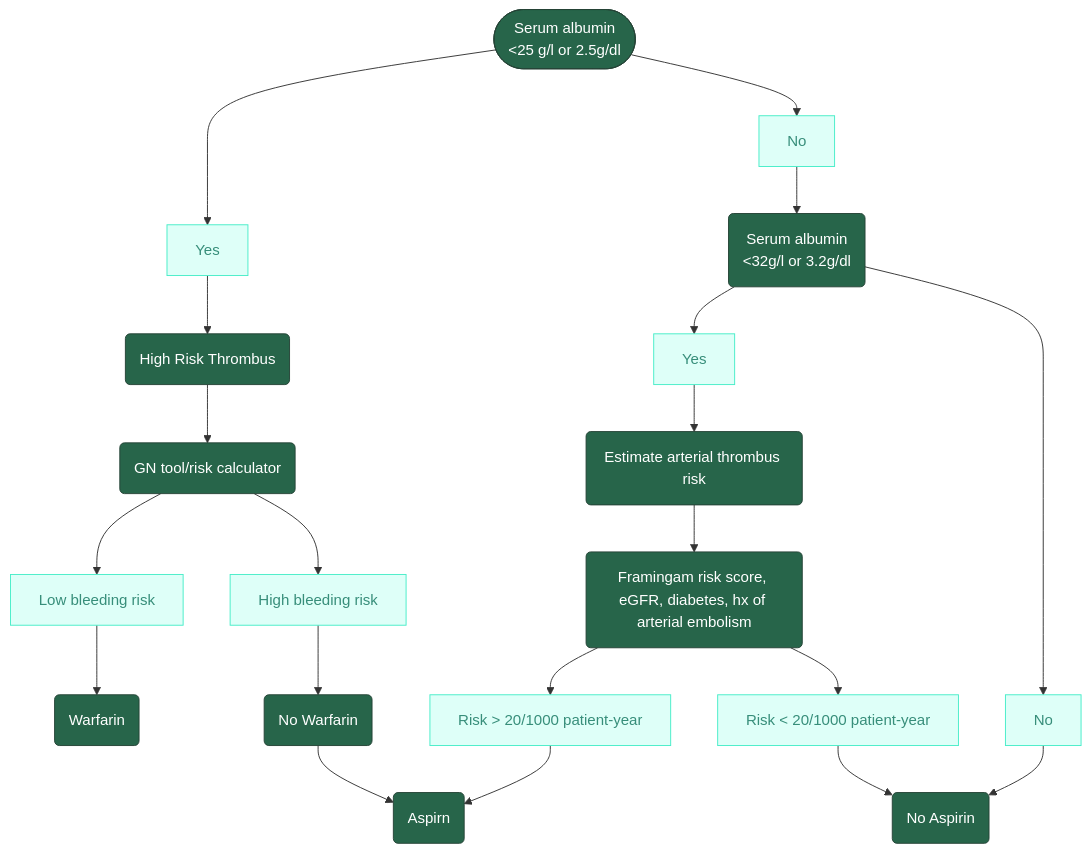
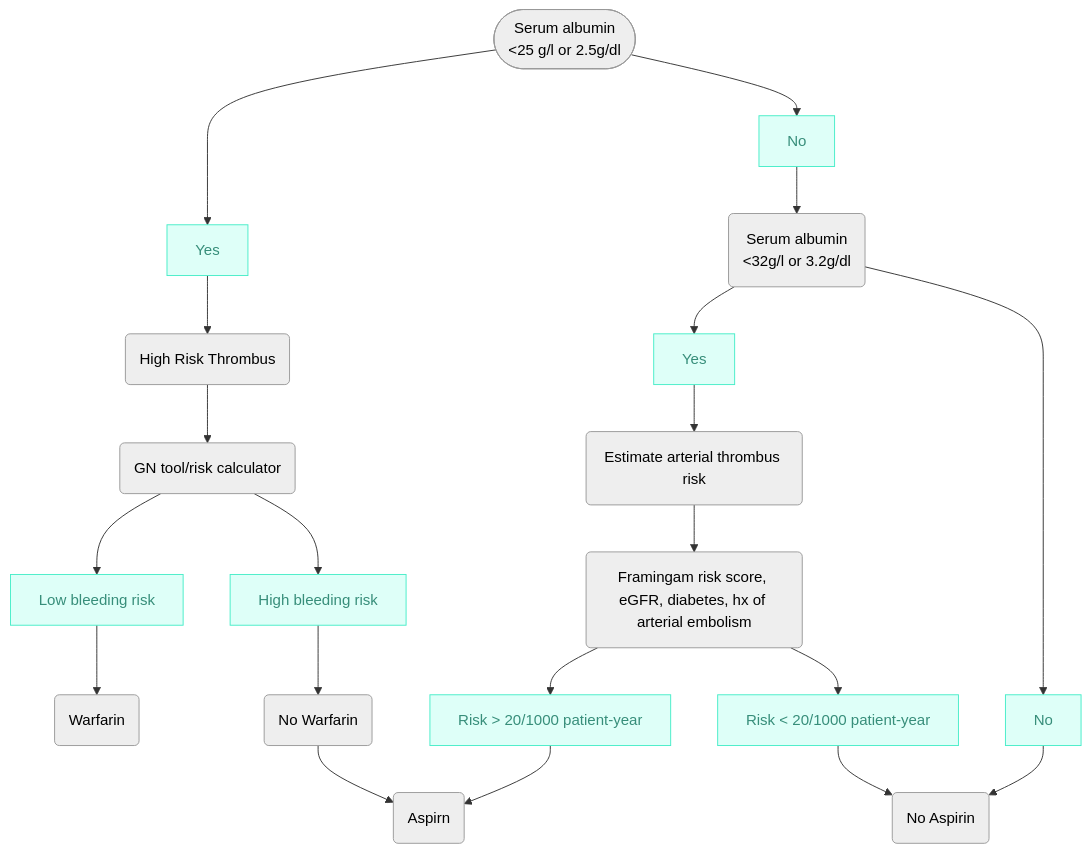
One commit to TTUNEPH2025/GN changed the diagram in docs/Prophylaxis.md. Above: the diagram before and after it, drawn with Mermaid.

````diff
--- a/docs/Prophylaxis.md
+++ b/docs/Prophylaxis.md
@@ -31,59 +31,50 @@
 ```mermaid
 flowchart TD
     A(["Serum albumin
         &lt;25 g/l or 2.5g/dl"]) --> n17["Yes"] & n18["No"]
     B["High Risk Thrombus"] --> C["GN tool/risk calculator"]
     n1["Serum albumin
     &lt;32g/l or 3.2g/dl"] --> n21["Yes"] & n22["No"]
     n2["Estimate arterial thrombus risk"] --> n3["Framingam risk score, eGFR, diabetes, hx of arterial embolism"]
     C --> n19["Low bleeding risk"] & n20["High bleeding risk"]
     n3 --> n23["Risk > 20/1000 patient-year"] & n24["Risk &lt; 20/1000 patient-year"]
     n5["No Warfarin"] --> n6["Aspirn"]
     n17 --> B
     n18 --> n1
     n19 --> n4["Warfarin"]
     n20 --> n5
     n21 --> n2
     n22 --> n7["No Aspirin"]
     n24 --> n7
     n23 --> n6
     B@{ shape: rounded}
     C@{ shape: rounded}
     n1@{ shape: rounded}
     n2@{ shape: rounded}
     n3@{ shape: rounded}
     n5@{ shape: rounded}
     n6@{ shape: rounded}
     n4@{ shape: rounded}
     n7@{ shape: rounded}
-     A:::Pine
+     A:::Ash
      n17:::Aqua
      n18:::Aqua
-     B:::Pine
-     C:::Pine
-     n1:::Pine
+     B:::Ash
+     C:::Ash
+     n1:::Ash
      n21:::Aqua
      n22:::Aqua
-     n2:::Pine
-     n3:::Pine
+     n2:::Ash
+     n3:::Ash
      n19:::Aqua
      n20:::Aqua
      n23:::Aqua
      n24:::Aqua
-     n5:::Pine
-     n6:::Pine
-     n4:::Pine
-     n7:::Pine
+     n5:::Ash
+     n6:::Ash
+     n4:::Ash
+     n7:::Ash
     classDef Aqua stroke-width:1px, stroke-dasharray:none, stroke:#46EDC8, fill:#DEFFF8, color:#378E7A
     classDef Pine stroke-width:1px, stroke-dasharray:none, stroke:#254336, fill:#27654A, color:#FFFFFF
-    style A color:#FFFFFF
-    style B color:#FFFFFF
-    style C color:#FFFFFF
-    style n1 color:#FFFFFF
-    style n2 color:#FFFFFF
-    style n3 color:#FFFFFF
-    style n5 color:#FFFFFF
-    style n6 color:#FFFFFF
-    style n4 color:#FFFFFF
-    style n7 color:#FFFFFF
+    classDef Ash stroke-width:1px, stroke-dasharray:none, stroke:#999999, fill:#EEEEEE, color:#000000
 ```
````
